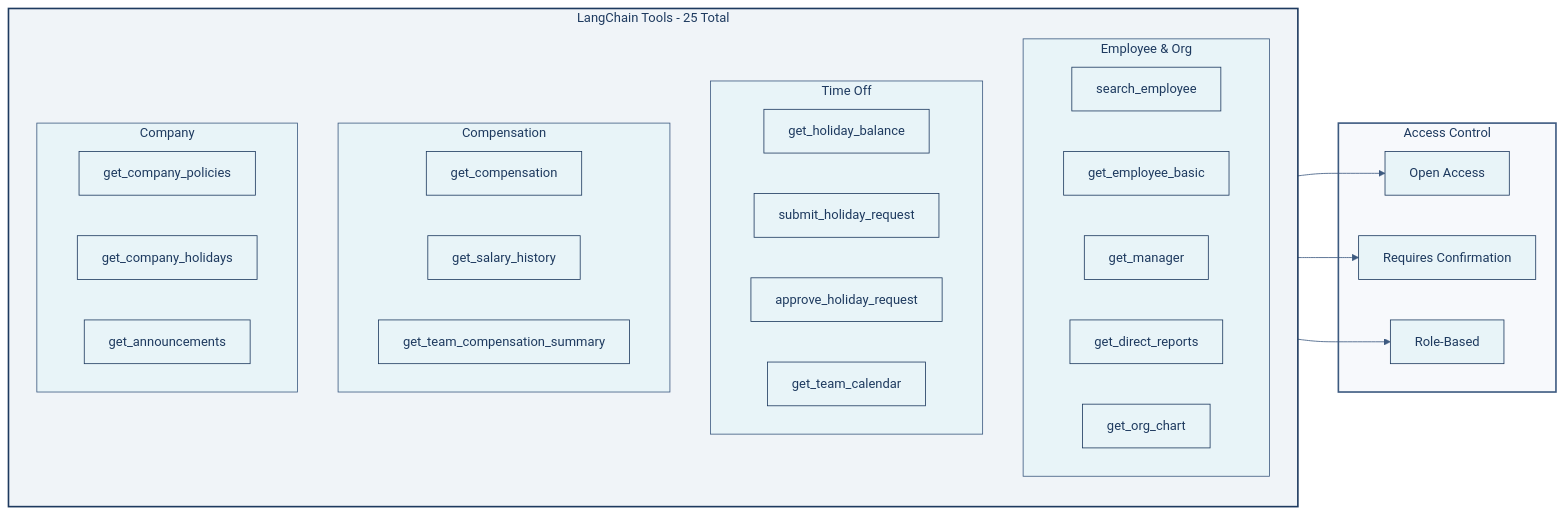
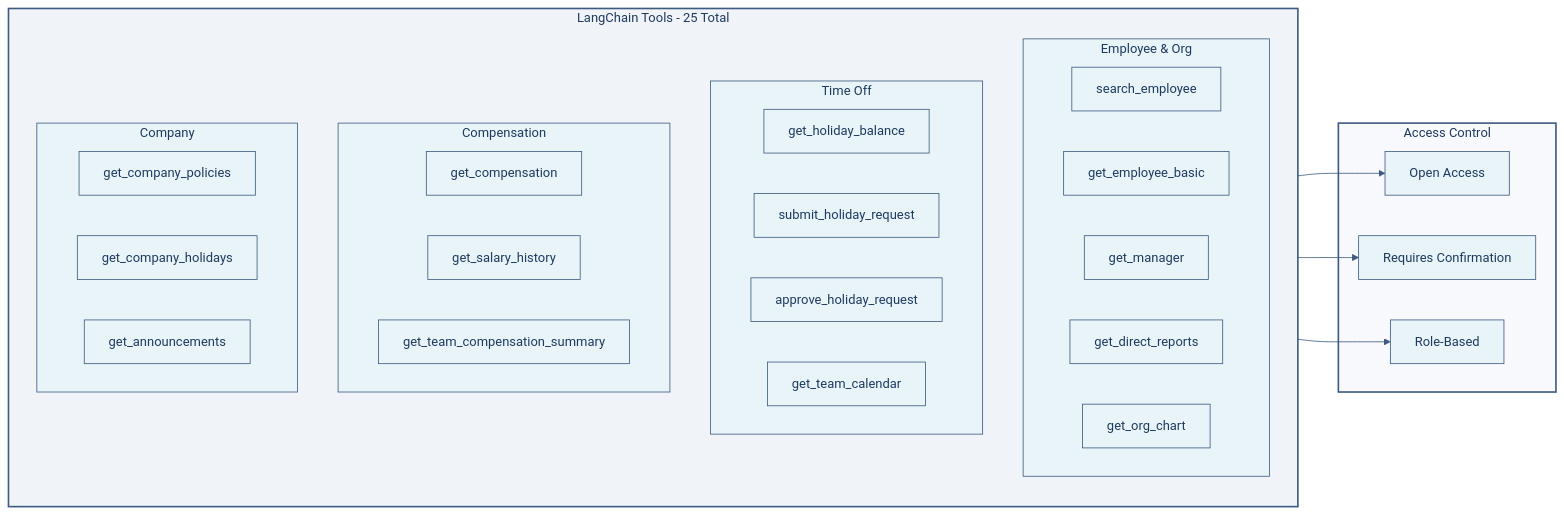
The fourth of 5 diagrams in ARCHITECTURE.md (ruthvik-jeev/hr-agent), drawn with Mermaid before and after one commit. The commit also changed other lines of this file and 2 other files, not shown here.

First line of the commit message:
fix: use light backgrounds for all diagram nodes and improve contrast

````diff
--- a/ARCHITECTURE.md
+++ b/ARCHITECTURE.md
@@ -221,62 +225,65 @@
 ```mermaid
 %%{init: {
   'theme': 'base',
   'themeVariables': {
     'primaryColor': '#e8f4f8',
     'primaryTextColor': '#1e3a5f',
-    'primaryBorderColor': '#1e3a5f',
+    'primaryBorderColor': '#3d5a80',
     'lineColor': '#3d5a80',
     'textColor': '#1e3a5f',
-    'nodeTextColor': '#1e3a5f'
+    'nodeTextColor': '#1e3a5f',
+    'mainBkg': '#e8f4f8',
+    'nodeBkg': '#e8f4f8',
+    'clusterBkg': '#f7f9fc'
   }
 }}%%
 
 flowchart LR
     subgraph TOOLS["LangChain Tools - 25 Total"]
         direction TB
         
         subgraph EMP_TOOLS["Employee & Org"]
             T1["search_employee"]
             T2["get_employee_basic"]
             T3["get_manager"]
             T4["get_direct_reports"]
             T5["get_org_chart"]
         end
         
         subgraph HOL_TOOLS["Time Off"]
             T6["get_holiday_balance"]
             T7["submit_holiday_request"]
             T8["approve_holiday_request"]
             T9["get_team_calendar"]
         end
         
         subgraph COMP_TOOLS["Compensation"]
             T10["get_compensation"]
             T11["get_salary_history"]
             T12["get_team_compensation_summary"]
         end
         
         subgraph COMPANY_TOOLS["Company"]
             T13["get_company_policies"]
             T14["get_company_holidays"]
             T15["get_announcements"]
         end
     end
     
     subgraph ACCESS["Access Control"]
         OPEN["Open Access"]
         CONFIRM["Requires Confirmation"]
         RESTRICT["Role-Based"]
     end
     
     EMP_TOOLS --> OPEN
     HOL_TOOLS --> CONFIRM
     COMP_TOOLS --> RESTRICT
 
-    style TOOLS fill:#f0f4f8,stroke:#1e3a5f,stroke-width:2px,color:#1e3a5f
+    style TOOLS fill:#f0f4f8,stroke:#3d5a80,stroke-width:2px,color:#1e3a5f
     style ACCESS fill:#f7f9fc,stroke:#3d5a80,stroke-width:2px,color:#1e3a5f
     style EMP_TOOLS fill:#e8f4f8,stroke:#3d5a80,color:#1e3a5f
     style HOL_TOOLS fill:#e8f4f8,stroke:#3d5a80,color:#1e3a5f
     style COMP_TOOLS fill:#e8f4f8,stroke:#3d5a80,color:#1e3a5f
     style COMPANY_TOOLS fill:#e8f4f8,stroke:#3d5a80,color:#1e3a5f
 ```
````
